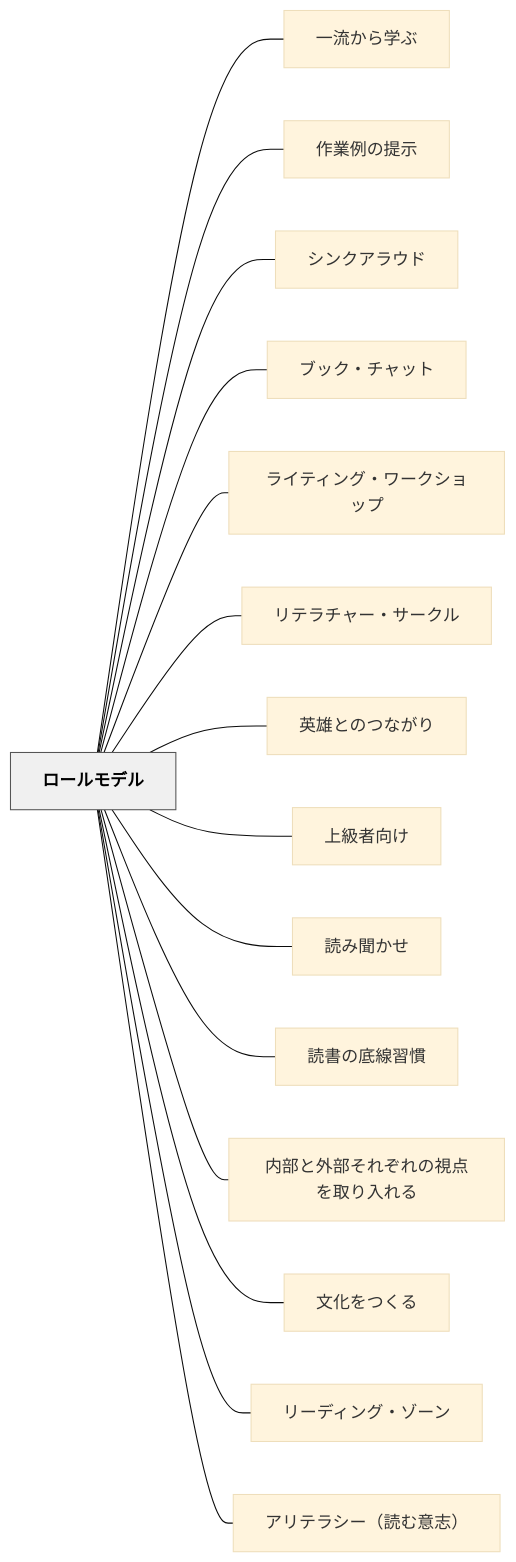
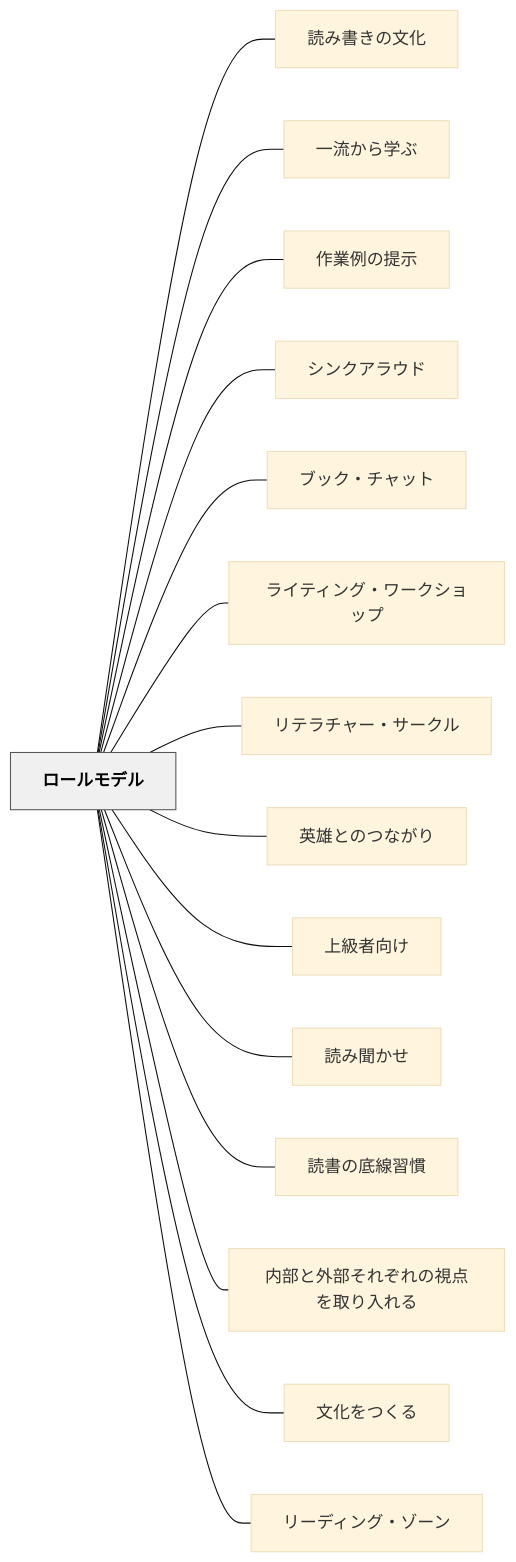
One commit to unknownthings-ed-patterns/unknownthings-ed-patterns changed the diagram in content/パタン/ロールモデル.md. Above: the diagram before and after it, drawn with Mermaid (base theme). The commit also changed other lines of this file and 100 other files, not shown here.

````diff
--- a/content/パタン/ロールモデル.md
+++ b/content/パタン/ロールモデル.md
@@ -123,36 +124,36 @@
 ```mermaid
 flowchart LR
     ne383ade383bce383abe383a2e38387e383ab["ロールモデル"]
+    ne8aaade381bfe69bb8e3818de381aee69687e58c96["読み書きの文化"]
     ne4b880e6b581e3818be38289e5ada6e381b6["一流から学ぶ"]
     ne4bd9ce6a5ade4be8be381aee68f90e7a4ba["作業例の提示"]
     ne382b7e383b3e382afe382a2e383a9e382a6e38389["シンクアラウド"]
     ne38396e38383e382afe383bbe38381e383a3e38383e38388["ブック・チャット"]
     ne383a9e382a4e38386e382a3e383b3e382b0e383bbe383afe383bce382afe382b7e383a7e38383e38397["ライティング・ワークショップ"]
     ne383aae38386e383a9e38381e383a3e383bce383bbe382b5e383bce382afe383ab["リテラチャー・サークル"]
     ne88bb1e99b84e381a8e381aee381a4e381aae3818ce3828a["英雄とのつながり"]
     ne4b88ae7b49ae88085e59091e38191["上級者向け"]
     ne8aaade381bfe8819ee3818be3819b["読み聞かせ"]
     ne8aaade69bb8e381aee5ba95e7b79ae7bf92e685a3["読書の底線習慣"]
     ne58685e983a8e381a8e5a496e983a8e3819de3828ce3819ee3828ce381aee8a696e782b9e38292e58f96e3828ae585a5e3828ce3828b["内部と外部それぞれの視点を取り入れる"]
     ne69687e58c96e38292e381a4e3818fe3828b["文化をつくる"]
     ne383aae383bce38387e382a3e383b3e382b0e383bbe382bee383bce383b3["リーディング・ゾーン"]
-    ne382a2e383aae38386e383a9e382b7e383bcefbc88e8aaade38280e6848fe5bf97efbc89["アリテラシー（読む意志）"]
 
+    ne383ade383bce383abe383a2e38387e383ab --- ne8aaade381bfe69bb8e3818de381aee69687e58c96
     ne383ade383bce383abe383a2e38387e383ab --- ne4b880e6b581e3818be38289e5ada6e381b6
     ne383ade383bce383abe383a2e38387e383ab --- ne4bd9ce6a5ade4be8be381aee68f90e7a4ba
     ne383ade383bce383abe383a2e38387e383ab --- ne382b7e383b3e382afe382a2e383a9e382a6e38389
     ne383ade383bce383abe383a2e38387e383ab --- ne38396e38383e382afe383bbe38381e383a3e38383e38388
     ne383ade383bce383abe383a2e38387e383ab --- ne383a9e382a4e38386e382a3e383b3e382b0e383bbe383afe383bce382afe382b7e383a7e38383e38397
     ne383ade383bce383abe383a2e38387e383ab --- ne383aae38386e383a9e38381e383a3e383bce383bbe382b5e383bce382afe383ab
     ne383ade383bce383abe383a2e38387e383ab --- ne88bb1e99b84e381a8e381aee381a4e381aae3818ce3828a
     ne383ade383bce383abe383a2e38387e383ab --- ne4b88ae7b49ae88085e59091e38191
     ne383ade383bce383abe383a2e38387e383ab --- ne8aaade381bfe8819ee3818be3819b
     ne383ade383bce383abe383a2e38387e383ab --- ne8aaade69bb8e381aee5ba95e7b79ae7bf92e685a3
     ne383ade383bce383abe383a2e38387e383ab --- ne58685e983a8e381a8e5a496e983a8e3819de3828ce3819ee3828ce381aee8a696e782b9e38292e58f96e3828ae585a5e3828ce3828b
     ne383ade383bce383abe383a2e38387e383ab --- ne69687e58c96e38292e381a4e3818fe3828b
     ne383ade383bce383abe383a2e38387e383ab --- ne383aae383bce38387e382a3e383b3e382b0e383bbe382bee383bce383b3
-    ne383ade383bce383abe383a2e38387e383ab --- ne382a2e383aae38386e383a9e382b7e383bcefbc88e8aaade38280e6848fe5bf97efbc89
 
     classDef hub fill:#f0f0f0,stroke:#555,color:#000,font-weight:bold
     class ne383ade383bce383abe383a2e38387e383ab hub
 ```
````
